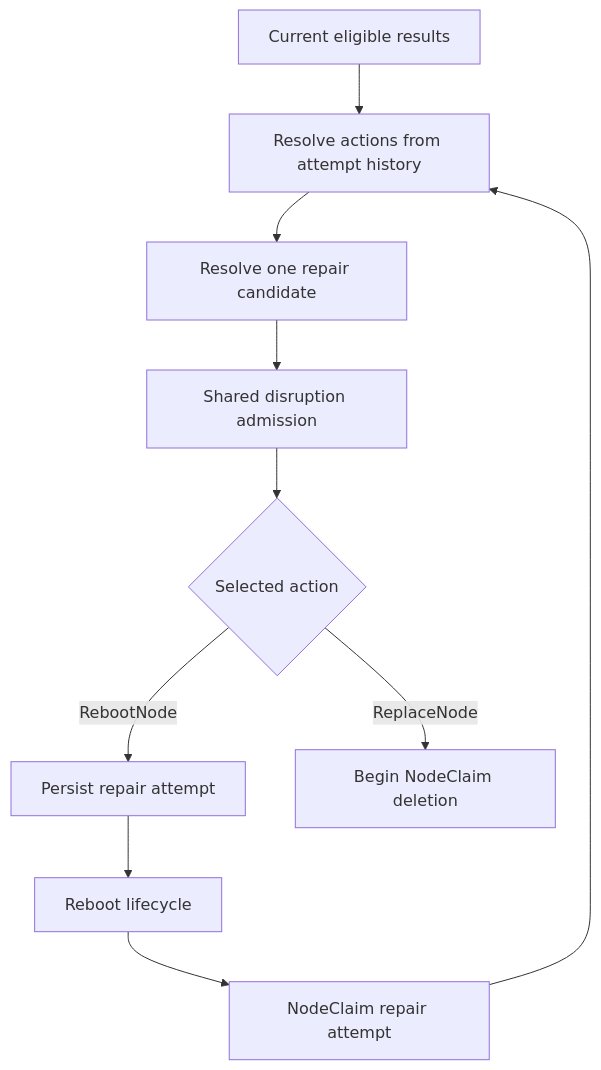
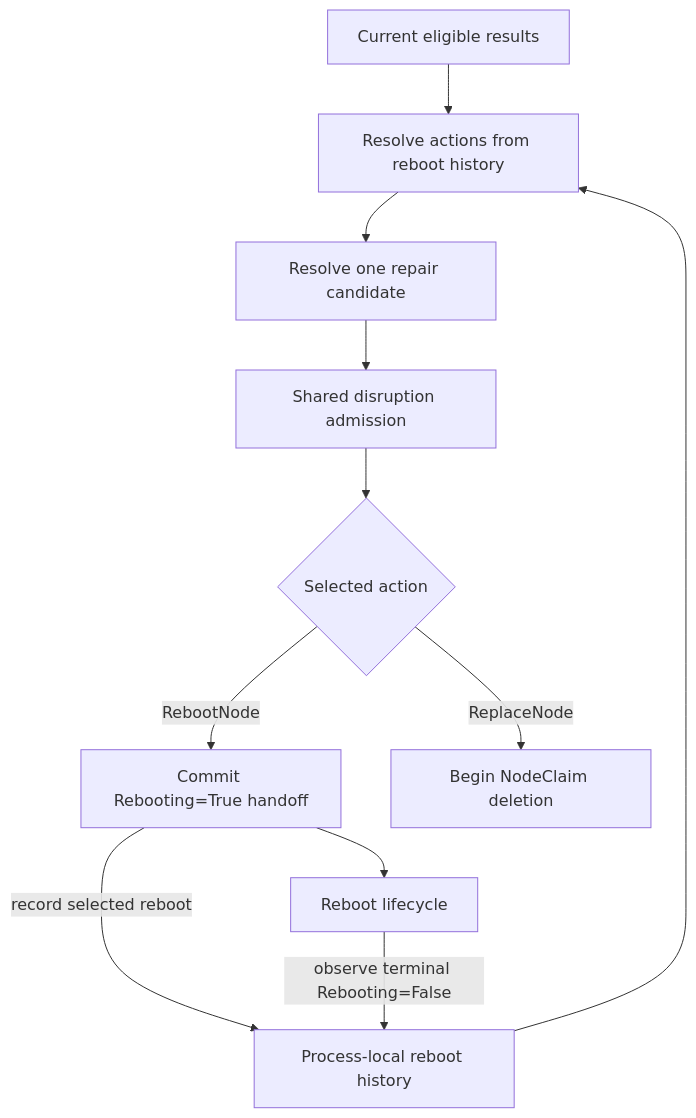
Before and after one commit to kubernetes-sigs/karpenter: the diagram in designs/node-repair-candidate-resolution-admission-and-escalation.md, drawn with Mermaid. The commit also changed other lines of this file, not shown here.

Commit message:
docs: keep reboot escalation history process-local

````diff
--- a/designs/node-repair-candidate-resolution-admission-and-escalation.md
+++ b/designs/node-repair-candidate-resolution-admission-and-escalation.md
@@ -95,12 +96,13 @@
 ```mermaid
 flowchart TD
-    M["Current eligible results"] --> A["Resolve actions from attempt history"]
-    H["NodeClaim repair attempt"] --> A
+    M["Current eligible results"] --> A["Resolve actions from reboot history"]
+    H["Process-local reboot history"] --> A
     A --> C["Resolve one repair candidate"]
     C --> D["Shared disruption admission"]
     D --> K{"Selected action"}
-    K -->|RebootNode| R["Persist repair attempt"]
+    K -->|RebootNode| R["Commit Rebooting=True handoff"]
     K -->|ReplaceNode| P["Begin NodeClaim deletion"]
+    R -->|"record selected reboot"| H
     R --> E["Reboot lifecycle"]
-    E --> H
+    E -->|"observe terminal Rebooting=False"| H
 ```
````
